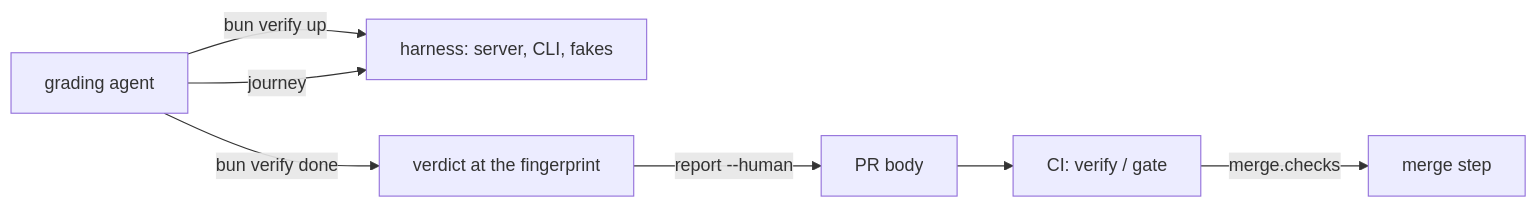
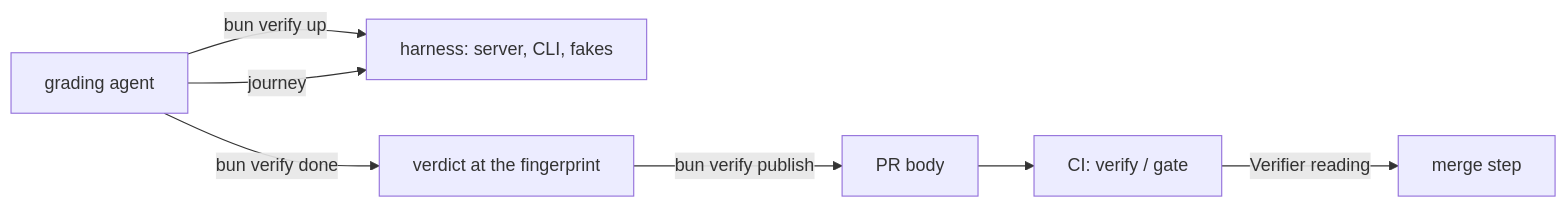
One commit to zgeoff/boxxy changed the diagram in docs/architecture/repo/verify-journeys.md. Above: the diagram before and after it, drawn with Mermaid. The commit also changed other lines of this file and 79 other files, not shown here.

Commit message:
docs: rewrite the moved docs as architecture docs

````diff
--- a/docs/architecture/repo/verify-journeys.md
+++ b/docs/architecture/repo/verify-journeys.md
@@ -26,9 +36,9 @@
 ```mermaid
 flowchart LR
   grader["grading agent"] -->|"bun verify up"| harness["harness: server, CLI, fakes"]
   grader -->|"journey"| harness
   grader -->|"bun verify done"| verdict["verdict at the fingerprint"]
-  verdict -->|"report --human"| body["PR body"]
+  verdict -->|"bun verify publish"| body["PR body"]
   body --> gate["CI: verify / gate"]
-  gate -->|"merge.checks"| merge["merge step"]
+  gate -->|"Verifier reading"| merge["merge step"]
 ```
````
